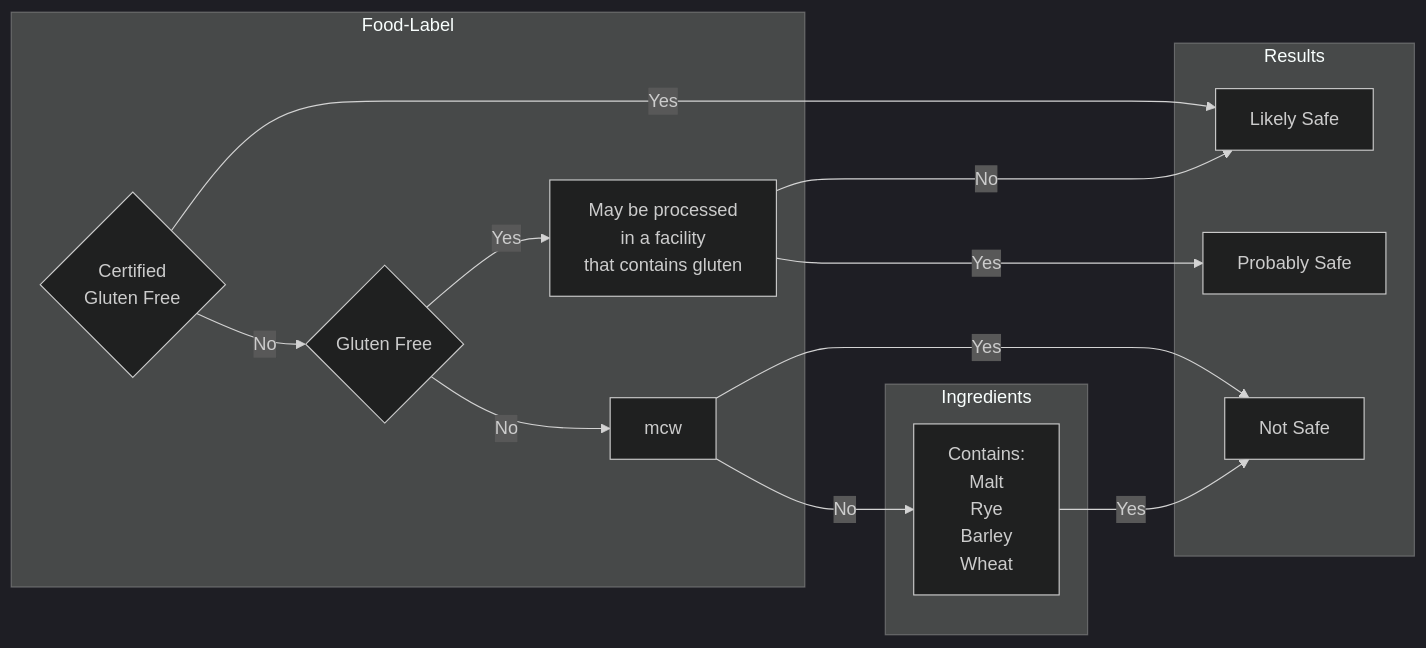
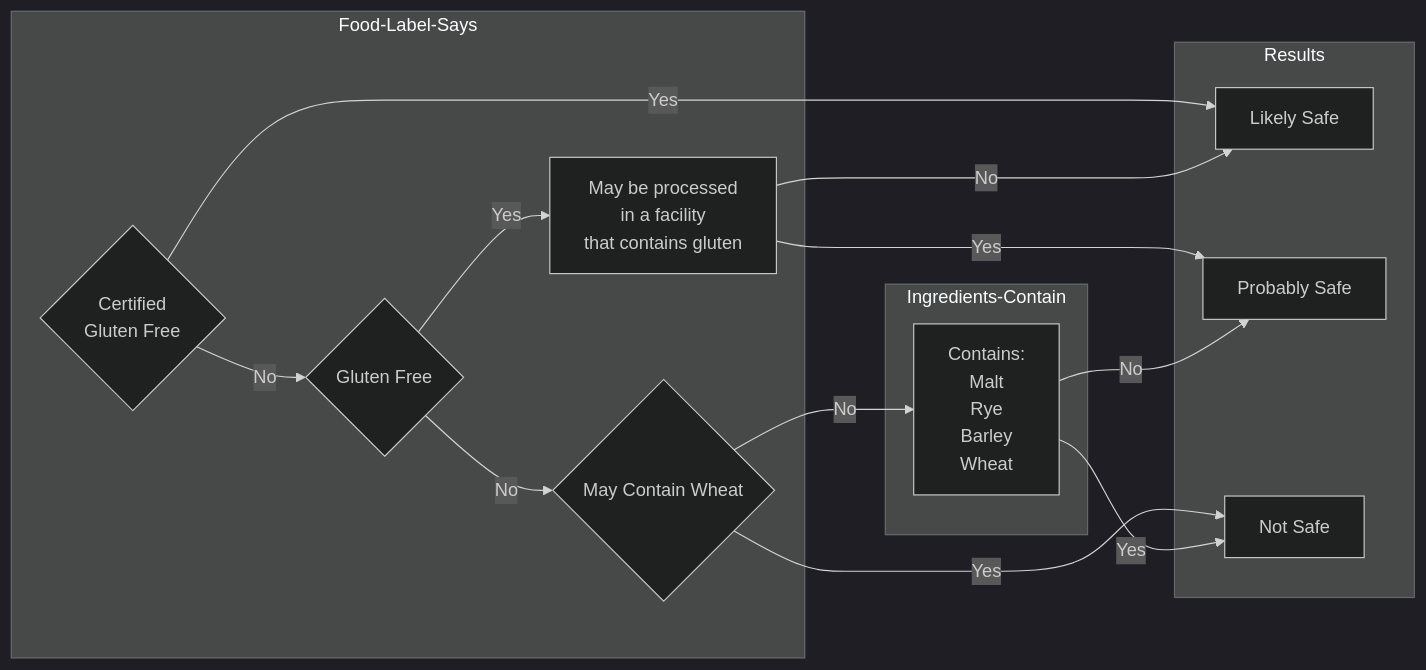
Before and after one commit to elongstreet88/celiac-info: the diagram in README.md, drawn with Mermaid (dark theme).

````diff
--- a/README.md
+++ b/README.md
@@ -3,27 +3,28 @@
 ```mermaid
 graph LR
-    subgraph Food-Label
+    subgraph Food-Label-Says
        gf
        cgf
        mbp
        mcw
     end
-    subgraph Ingredients
+    subgraph Ingredients-Contain
        cmrbow
     end
     subgraph Results
        ls
        ps
        ns
     end
     cgf{Certified<br>Gluten Free} --> |Yes|ls[Likely Safe]
     cgf{Certified<br>Gluten Free} --> |No|gf
     gf{Gluten Free} --> |Yes|mbp
     mbp[May be processed<br>in a facility<br>that contains gluten] --> |Yes|ps[Probably Safe]
     mbp --> |No|ls
-    gf{Gluten Free} --> |No|mcw
+    gf{Gluten Free} --> |No|mcw{May Contain Wheat}
     mcw --> |No|cmrbow[Contains:<br>Malt<br>Rye<br>Barley<br>Wheat]
     mcw --> |Yes|ns
+    
+    cmrbow --> |No|ps
     cmrbow --> |Yes|ns[Not Safe]
-    
 ```
````
